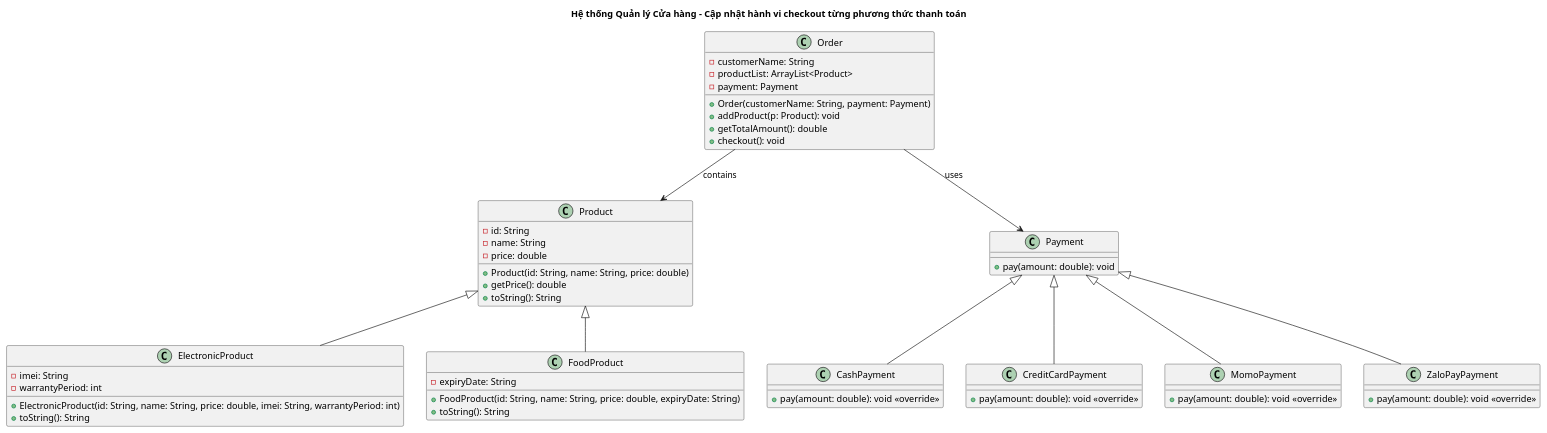
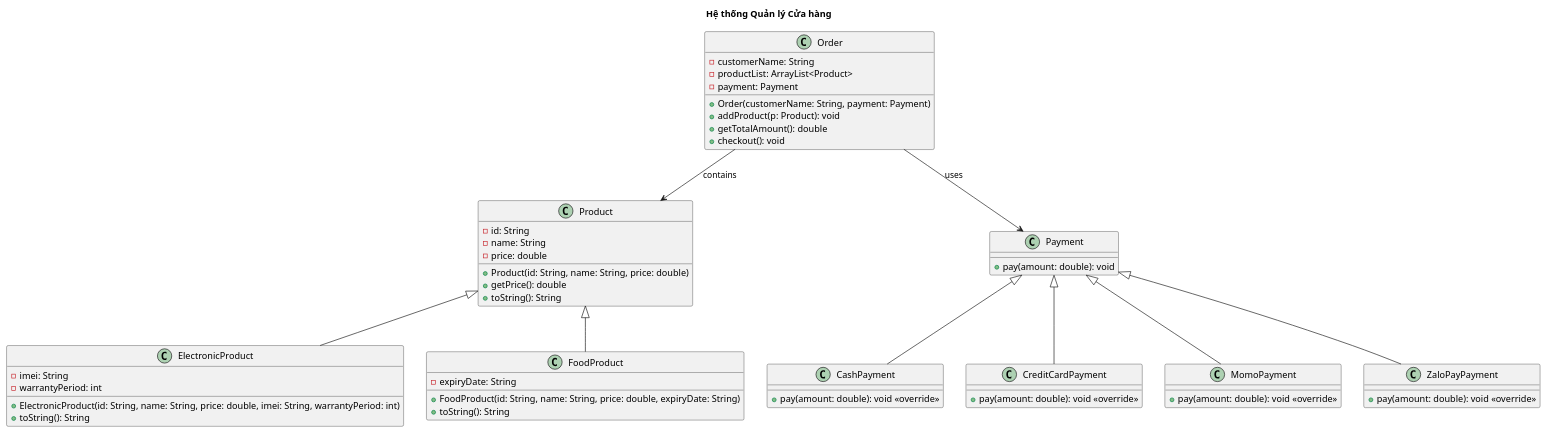
One commit to anh150926/BaiTapThuaKe changed the diagram in UML/BaiTapKeThua/UML/UML.puml. Above: the diagram before and after it, drawn with PlantUML.

Commit message:
init project

```diff
--- a/UML/BaiTapKeThua/UML/UML.puml
+++ b/UML/BaiTapKeThua/UML/UML.puml
@@ -1,66 +1,66 @@
 @startuml
-title Hệ thống Quản lý Cửa hàng - Cập nhật hành vi checkout từng phương thức thanh toán
+title Hệ thống Quản lý Cửa hàng 
 
 class Product {
     - id: String
     - name: String
     - price: double
     + Product(id: String, name: String, price: double)
     + getPrice(): double
     + toString(): String
 }
 
 class ElectronicProduct {
     - imei: String
     - warrantyPeriod: int
     + ElectronicProduct(id: String, name: String, price: double, imei: String, warrantyPeriod: int)
     + toString(): String
 }
 
 class FoodProduct {
     - expiryDate: String
     + FoodProduct(id: String, name: String, price: double, expiryDate: String)
     + toString(): String
 }
 
 class Payment {
     + pay(amount: double): void
 }
 
 class CashPayment {
     + pay(amount: double): void <<override>> 
 }
 
 class CreditCardPayment {
     + pay(amount: double): void <<override>>
 }
 
 class MomoPayment {
     + pay(amount: double): void <<override>>
 }
 
 class ZaloPayPayment {
     + pay(amount: double): void <<override>>
 }
 
 class Order {
     - customerName: String
     - productList: ArrayList<Product>
     - payment: Payment
     + Order(customerName: String, payment: Payment)
     + addProduct(p: Product): void
     + getTotalAmount(): double
     + checkout(): void
 }
 
 Product <|-- ElectronicProduct
 Product <|-- FoodProduct
 
 Payment <|-- CashPayment
 Payment <|-- CreditCardPayment
 Payment <|-- MomoPayment
 Payment <|-- ZaloPayPayment
 
 Order --> Product : contains
 Order --> Payment : uses
 @enduml
```
